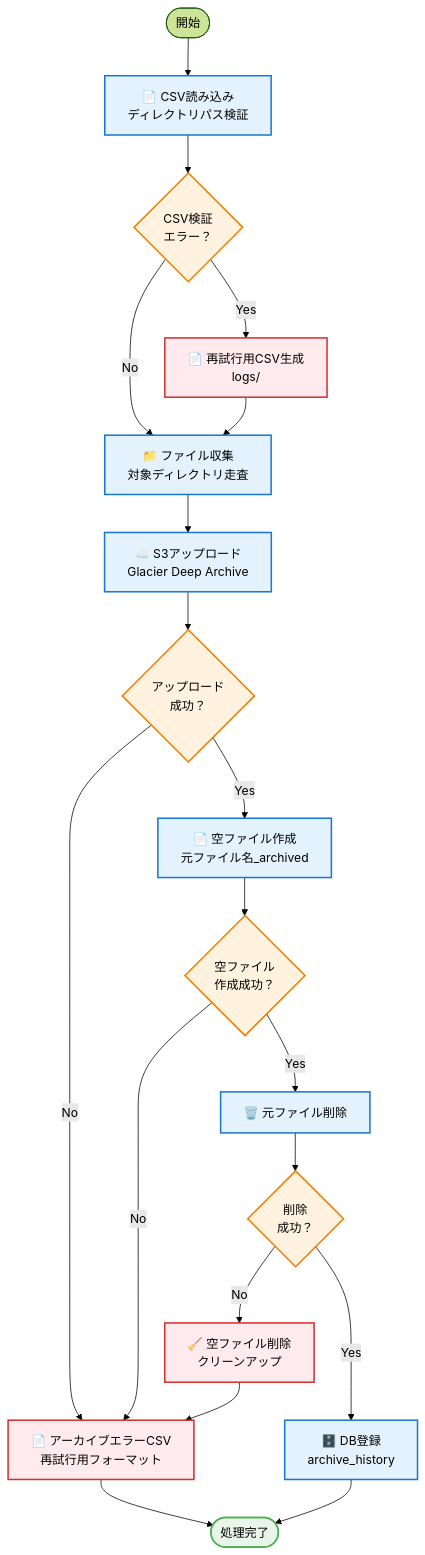
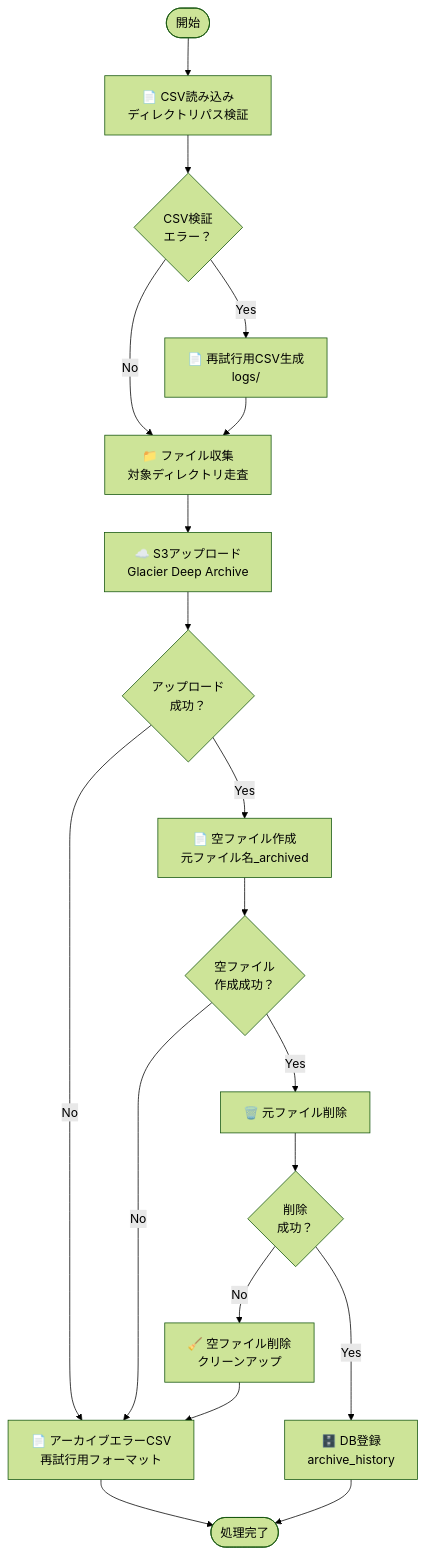
The second of 3 diagrams in archive/doc/detailed_design_doc.md (SantaSan-1224/HideoutRepo), drawn with Mermaid (forest theme) before and after one commit. The commit also changed other lines of this file, not shown here.

````diff
--- a/archive/doc/detailed_design_doc.md
+++ b/archive/doc/detailed_design_doc.md
@@ -166,38 +249,27 @@
 ```mermaid
 flowchart TD
     Start([開始]) --> CSV_Input[📄 CSV読み込み<br/>ディレクトリパス検証]
 
     CSV_Input --> CSV_Error{CSV検証<br/>エラー？}
     CSV_Error -->|Yes| CSV_Retry[📄 再試行用CSV生成<br/>logs/]
     CSV_Error -->|No| File_Collect[📁 ファイル収集<br/>対象ディレクトリ走査]
     CSV_Retry --> File_Collect
 
     File_Collect --> S3_Upload[☁️ S3アップロード<br/>Glacier Deep Archive]
 
     S3_Upload --> Upload_Success{アップロード<br/>成功？}
     Upload_Success -->|No| Archive_Error[📄 アーカイブエラーCSV<br/>再試行用フォーマット]
     Upload_Success -->|Yes| Create_Empty[📄 空ファイル作成<br/>元ファイル名_archived]
 
     Create_Empty --> Empty_Success{空ファイル<br/>作成成功？}
     Empty_Success -->|No| Archive_Error
     Empty_Success -->|Yes| Delete_Original[🗑️ 元ファイル削除]
 
     Delete_Original --> Delete_Success{削除<br/>成功？}
     Delete_Success -->|No| Cleanup[🧹 空ファイル削除<br/>クリーンアップ]
     Delete_Success -->|Yes| DB_Insert[🗄️ DB登録<br/>archive_history]
 
     Cleanup --> Archive_Error
     Archive_Error --> Process_End
     DB_Insert --> Process_End([処理完了])
-
-    %% スタイル
-    classDef processBox fill:#E3F2FD,stroke:#1976D2,stroke-width:2px
-    classDef decisionBox fill:#FFF3E0,stroke:#F57C00,stroke-width:2px
-    classDef errorBox fill:#FFEBEE,stroke:#D32F2F,stroke-width:2px
-    classDef successBox fill:#E8F5E8,stroke:#4CAF50,stroke-width:2px
-
-    class CSV_Input,File_Collect,S3_Upload,Create_Empty,Delete_Original,DB_Insert processBox
-    class CSV_Error,Upload_Success,Empty_Success,Delete_Success decisionBox
-    class CSV_Retry,Archive_Error,Cleanup errorBox
-    class Process_End successBox
 ```
````
